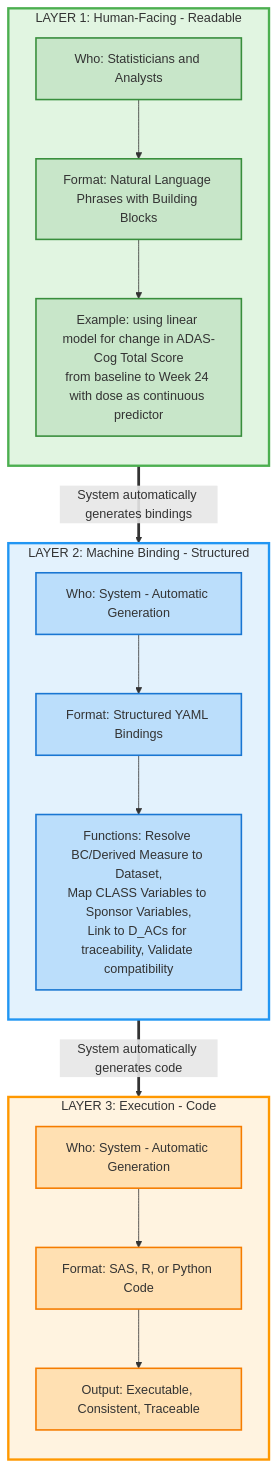
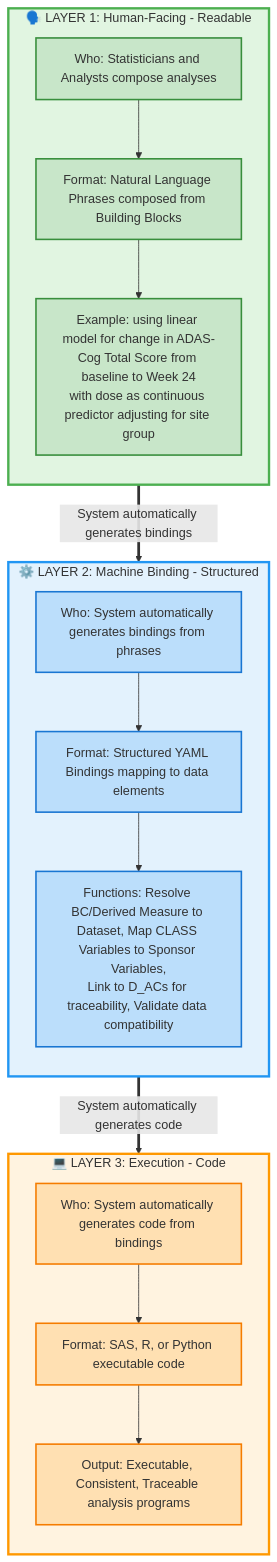
The diagram in neo4j/data/metadata/HYBRID_PHRASE_BASED_APPROACH.md (cdisc-org/analysis-concepts), drawn with Mermaid before and after one commit.

````diff
--- a/neo4j/data/metadata/HYBRID_PHRASE_BASED_APPROACH.md
+++ b/neo4j/data/metadata/HYBRID_PHRASE_BASED_APPROACH.md
@@ -15,41 +15,41 @@
 ```mermaid
 flowchart TD
-    subgraph Layer1["LAYER 1: Human-Facing - Readable"]
+    subgraph Layer1["🗣️ LAYER 1: Human-Facing - Readable"]
         direction TB
-        H1["Who: Statisticians and Analysts"]
-        H2["Format: Natural Language Phrases with Building Blocks"]
-        H3["Example: using linear model for change in ADAS-Cog Total Score<br/>from baseline to Week 24 with dose as continuous predictor"]
+        H1["Who: Statisticians and Analysts compose analyses"]
+        H2["Format: Natural Language Phrases composed from Building Blocks"]
+        H3["Example: using linear model for change in ADAS-Cog Total Score from baseline to Week 24<br/>with dose as continuous predictor adjusting for site group"]
         H1 --> H2 --> H3
     end
 
-    subgraph Layer2["LAYER 2: Machine Binding - Structured"]
+    subgraph Layer2["⚙️ LAYER 2: Machine Binding - Structured"]
         direction TB
-        M1["Who: System - Automatic Generation"]
-        M2["Format: Structured YAML Bindings"]
-        M3["Functions: Resolve BC/Derived Measure to Dataset,<br/>Map CLASS Variables to Sponsor Variables,<br/>Link to D_ACs for traceability, Validate compatibility"]
+        M1["Who: System automatically generates bindings from phrases"]
+        M2["Format: Structured YAML Bindings mapping to data elements"]
+        M3["Functions: Resolve BC/Derived Measure to Dataset, Map CLASS Variables to Sponsor Variables,<br/>Link to D_ACs for traceability, Validate data compatibility"]
         M1 --> M2 --> M3
     end
 
-    subgraph Layer3["LAYER 3: Execution - Code"]
+    subgraph Layer3["💻 LAYER 3: Execution - Code"]
         direction TB
-        E1["Who: System - Automatic Generation"]
-        E2["Format: SAS, R, or Python Code"]
-        E3["Output: Executable, Consistent, Traceable"]
+        E1["Who: System automatically generates code from bindings"]
+        E2["Format: SAS, R, or Python executable code"]
+        E3["Output: Executable, Consistent, Traceable analysis programs"]
         E1 --> E2 --> E3
     end
 
     Layer1 ==>|System automatically generates bindings| Layer2
     Layer2 ==>|System automatically generates code| Layer3
 
     style Layer1 fill:#e1f5e1,stroke:#4caf50,stroke-width:3px
     style Layer2 fill:#e3f2fd,stroke:#2196f3,stroke-width:3px
     style Layer3 fill:#fff3e0,stroke:#ff9800,stroke-width:3px
 
-    classDef humanBox fill:#c8e6c9,stroke:#388e3c,stroke-width:2px,min-width:400px
-    classDef machineBox fill:#bbdefb,stroke:#1976d2,stroke-width:2px,min-width:400px
-    classDef codeBox fill:#ffe0b2,stroke:#f57c00,stroke-width:2px,min-width:400px
+    classDef humanBox fill:#c8e6c9,stroke:#388e3c,stroke-width:2px,min-width:1000px
+    classDef machineBox fill:#bbdefb,stroke:#1976d2,stroke-width:2px,min-width:1000px
+    classDef codeBox fill:#ffe0b2,stroke:#f57c00,stroke-width:2px,min-width:1000px
 
     class H1,H2,H3 humanBox
     class M1,M2,M3 machineBox
     class E1,E2,E3 codeBox
 ```
````
